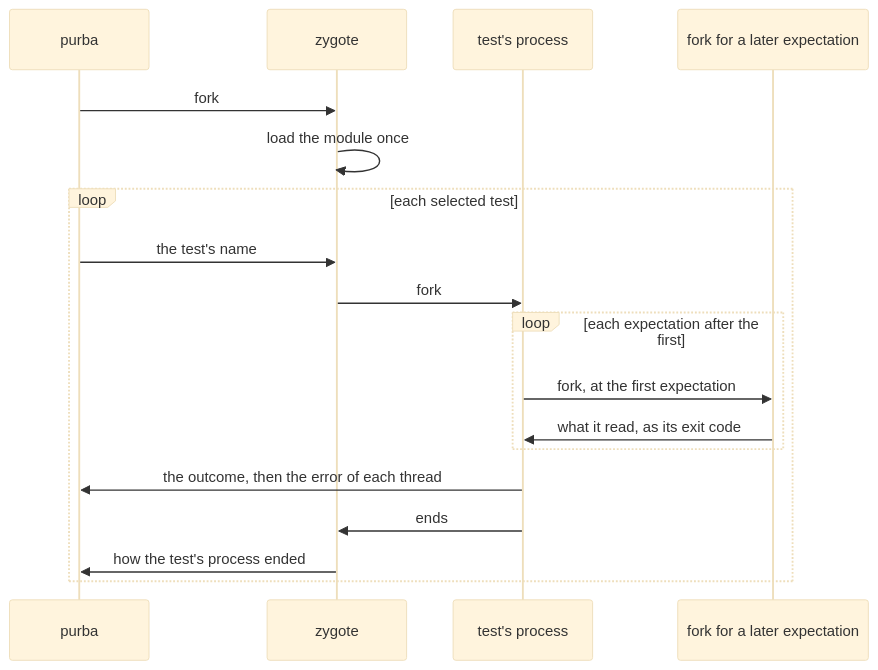
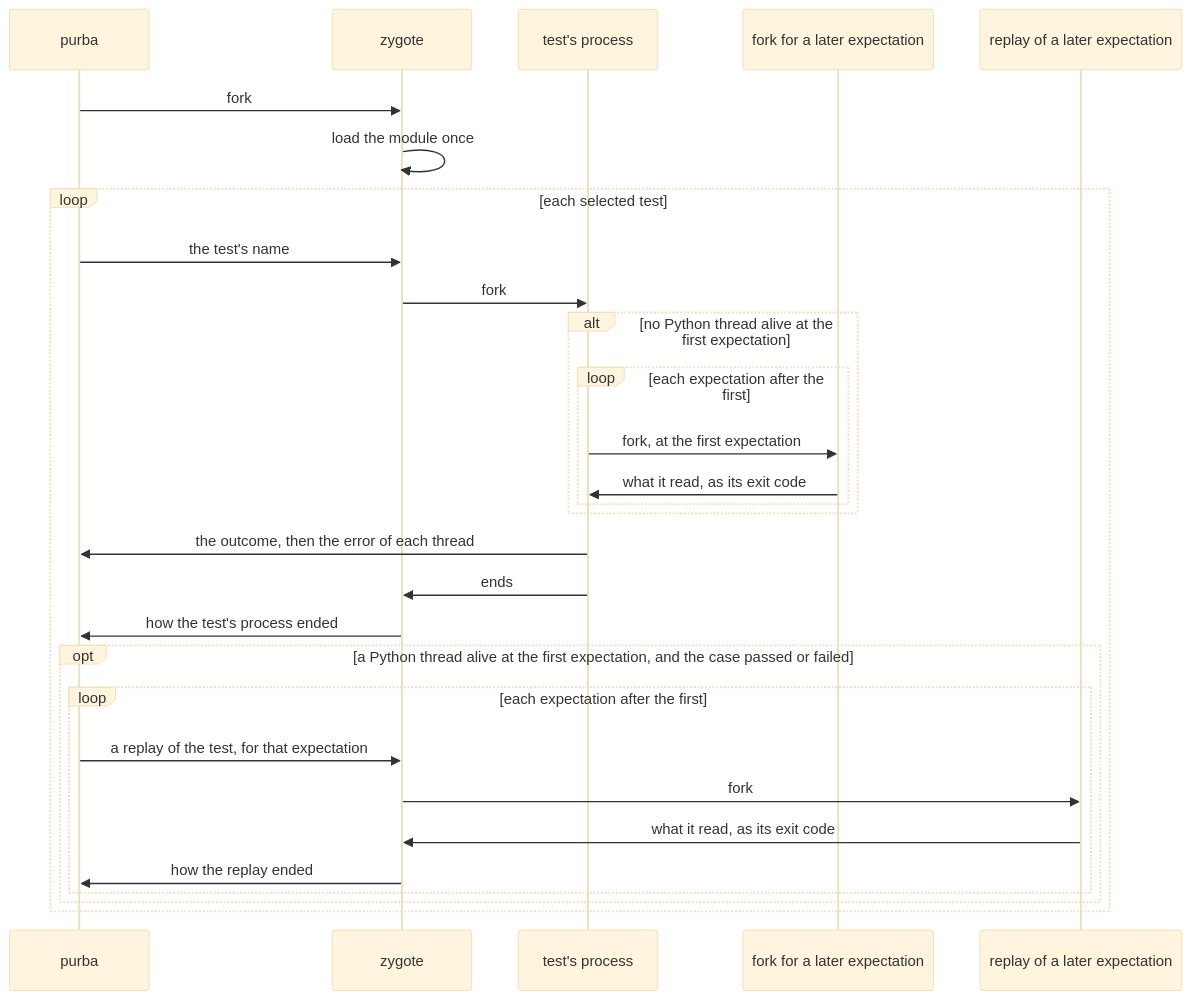
The diagram in docs/decisions/each-test-runs-in-a-process-of-its-own.md (kalonji-tools/purba), drawn with Mermaid (base theme) before and after one commit. The commit also changed other lines of this file and 9 other files, not shown here.

````diff
--- a/docs/decisions/each-test-runs-in-a-process-of-its-own.md
+++ b/docs/decisions/each-test-runs-in-a-process-of-its-own.md
@@ -42,20 +44,31 @@
 ```mermaid
 sequenceDiagram
   participant purba
   participant zygote
   participant test as test's process
   participant alone as fork for a later expectation
+  participant replay as replay of a later expectation
   purba->>zygote: fork
   zygote->>zygote: load the module once
   loop each selected test
     purba->>zygote: the test's name
     zygote->>test: fork
-    loop each expectation after the first
-      test->>alone: fork, at the first expectation
-      alone->>test: what it read, as its exit code
+    alt no Python thread alive at the first expectation
+      loop each expectation after the first
+        test->>alone: fork, at the first expectation
+        alone->>test: what it read, as its exit code
+      end
     end
     test->>purba: the outcome, then the error of each thread
     test->>zygote: ends
     zygote->>purba: how the test's process ended
+    opt a Python thread alive at the first expectation, and the case passed or failed
+      loop each expectation after the first
+        purba->>zygote: a replay of the test, for that expectation
+        zygote->>replay: fork
+        replay->>zygote: what it read, as its exit code
+        zygote->>purba: how the replay ended
+      end
+    end
   end
 ```
````
